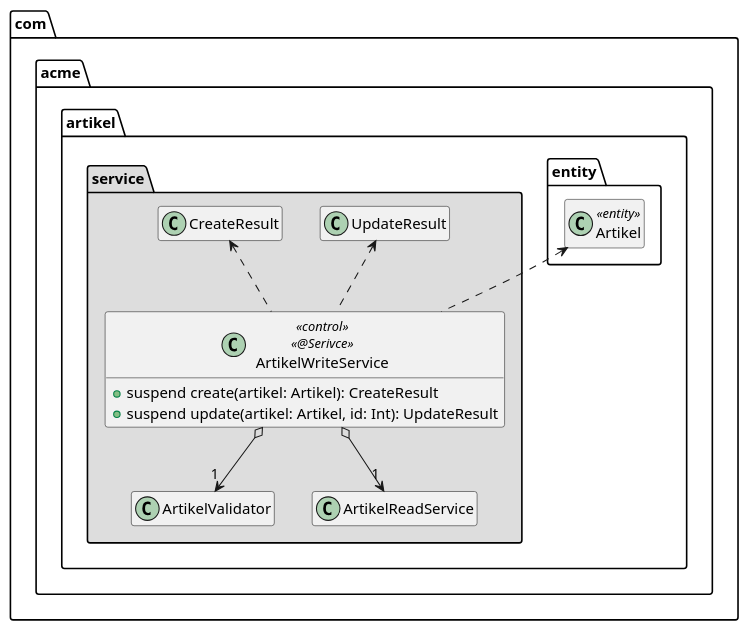
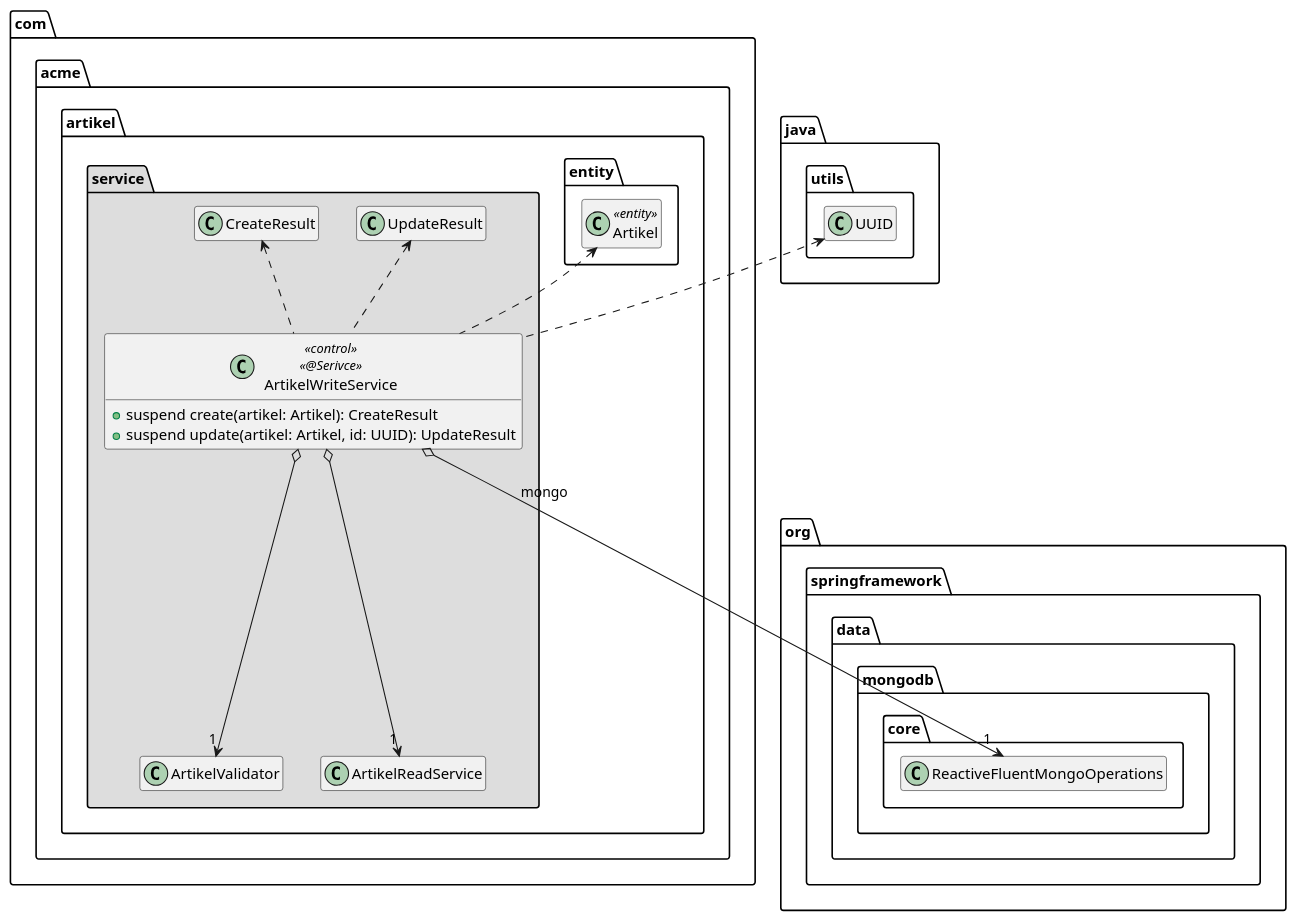
One commit to AlexanderStecknitz/Softwarearchitektur-Springframework changed the diagram in extras/doc/ArtikelWriteService.puml. Above: the diagram before and after it, drawn with PlantUML. The commit also changed 4 other files, not shown here.

Commit message:
UPDATED PlantUMLs

```diff
--- a/extras/doc/ArtikelWriteService.puml
+++ b/extras/doc/ArtikelWriteService.puml
@@ -1,31 +1,41 @@
 @startuml ArtikelWriteService
+
+package org.springframework.data.mongodb.core {
+    class ReactiveFluentMongoOperations
+}
+
+package java.utils {
+    class UUID
+}
 
 package com.acme.artikel {
 
     package entity {
             class Artikel << entity >>
         }
 
     package service #DDDDDD {
         class ArtikelValidator
         class ArtikelReadService
         class CreateResult
         class UpdateResult
 
         class ArtikelWriteService << control >> << @Serivce >> {
             + suspend create(artikel: Artikel): CreateResult
-            + suspend update(artikel: Artikel, id: Int): UpdateResult
+            + suspend update(artikel: Artikel, id: UUID): UpdateResult
         }
 
         ArtikelWriteService o-down-> "1" ArtikelValidator
         ArtikelWriteService o--> "1" ArtikelReadService
         ArtikelWriteService .up.> Artikel
         ArtikelWriteService .up.> CreateResult
         ArtikelWriteService .up.> UpdateResult
+        ArtikelWriteService .up.> UUID
+        ArtikelWriteService o--> "1" ReactiveFluentMongoOperations : mongo
 
     }
 }
 
 hide empty members
 
 @enduml
```
